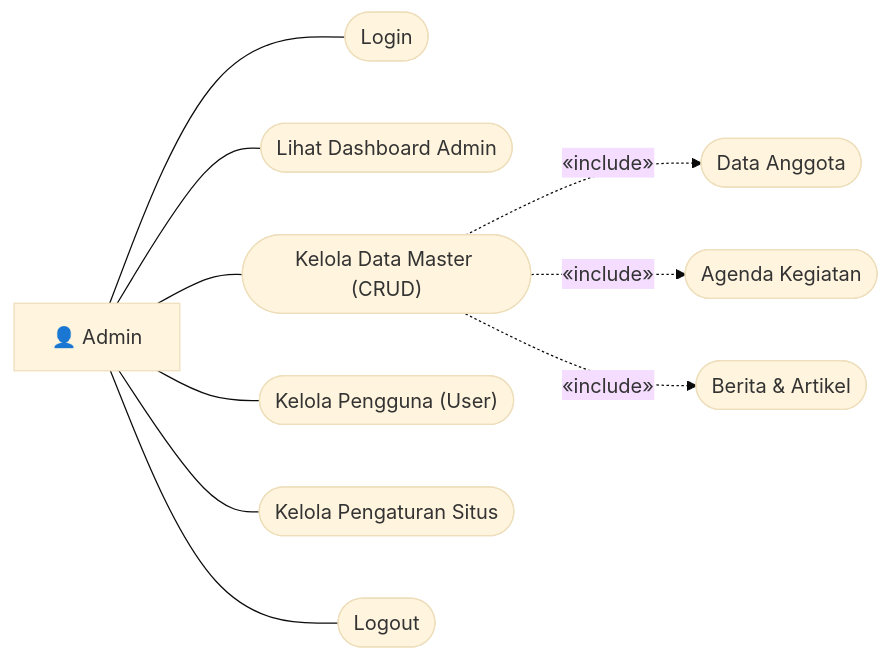
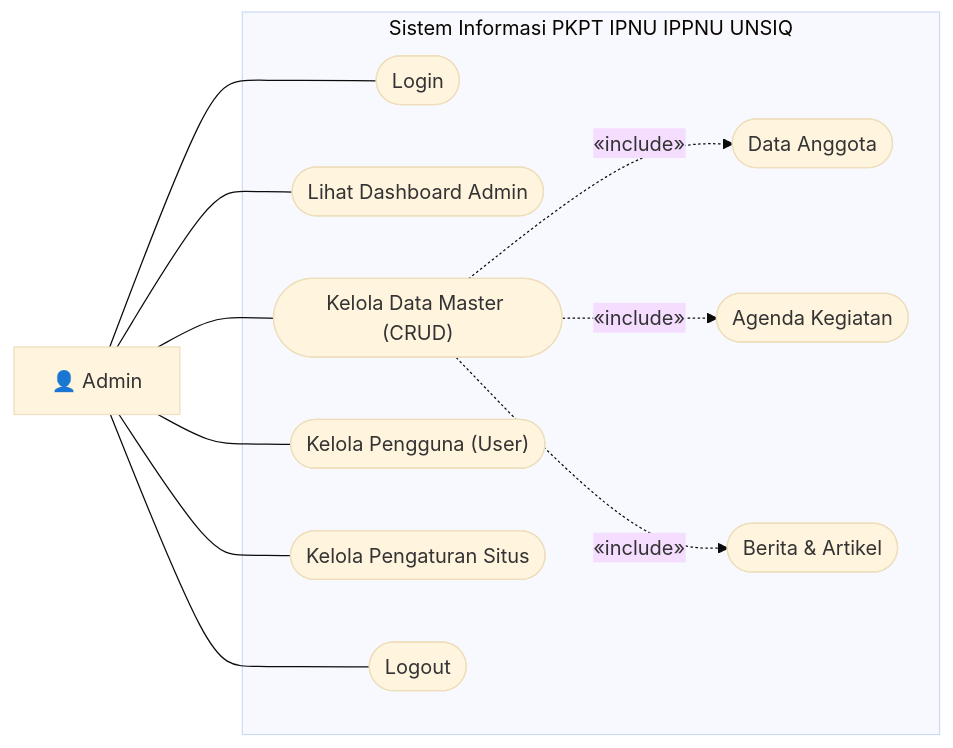
One commit to rizalmhmd/pk-ipnu-ippnu changed the first of 4 diagrams in laporan/dokumen/USE_CASE_DIAGRAM.md. Above: the diagram before and after it, drawn with Mermaid (base theme). The commit also changed other lines of this file and 275 other files, not shown here.

````diff
--- a/laporan/dokumen/USE_CASE_DIAGRAM.md
+++ b/laporan/dokumen/USE_CASE_DIAGRAM.md
@@ -19,31 +28,33 @@
 ```mermaid
 flowchart LR
-    %% Aktor Kiri
+    %% Aktor di LUAR Kotak
     Admin["👤 Admin"]
 
-    %% 6 Elips Utama Vertikal
-    UC1(["Login"])
-    UC2(["Lihat Dashboard Admin"])
-    UC3(["Kelola Data Master (CRUD)"])
-    UC4(["Kelola Pengguna (User)"])
-    UC5(["Kelola Pengaturan Situs"])
-    UC6(["Logout"])
+    subgraph SysAdmin["Sistem Informasi PKPT IPNU IPPNU UNSIQ"]
+        %% 6 Elips Utama Vertikal
+        UC1(["Login"])
+        UC2(["Lihat Dashboard Admin"])
+        UC3(["Kelola Data Master (CRUD)"])
+        UC4(["Kelola Pengguna (User)"])
+        UC5(["Kelola Pengaturan Situs"])
+        UC6(["Logout"])
 
-    %% 3 Sub-Elips di Kanan (Include)
-    Sub1(["Data Anggota"])
-    Sub2(["Agenda Kegiatan"])
-    Sub3(["Berita & Artikel"])
+        %% 3 Sub-Elips di Kanan (Include)
+        Sub1(["Data Anggota"])
+        Sub2(["Agenda Kegiatan"])
+        Sub3(["Berita & Artikel"])
 
-    %% Asosiasi Lurus
+        %% Relasi Include Antar Use Case
+        UC3 -.->|«include»| Sub1
+        UC3 -.->|«include»| Sub2
+        UC3 -.->|«include»| Sub3
+    end
+
+    %% Garis Asosiasi dari Luar Kotak ke Dalam Kotak
     Admin --- UC1
     Admin --- UC2
     Admin --- UC3
     Admin --- UC4
     Admin --- UC5
     Admin --- UC6
-
-    %% Relasi Include
-    UC3 -.->|«include»| Sub1
-    UC3 -.->|«include»| Sub2
-    UC3 -.->|«include»| Sub3
 ```
````
